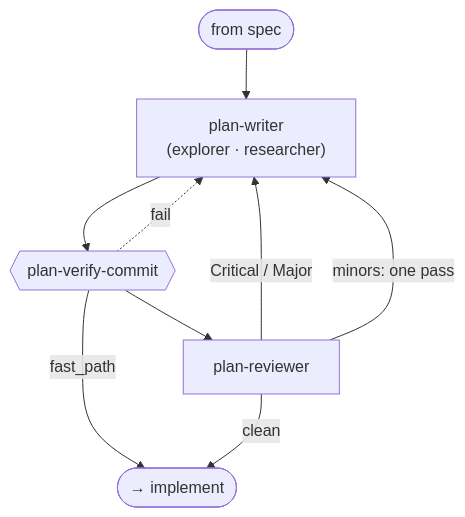
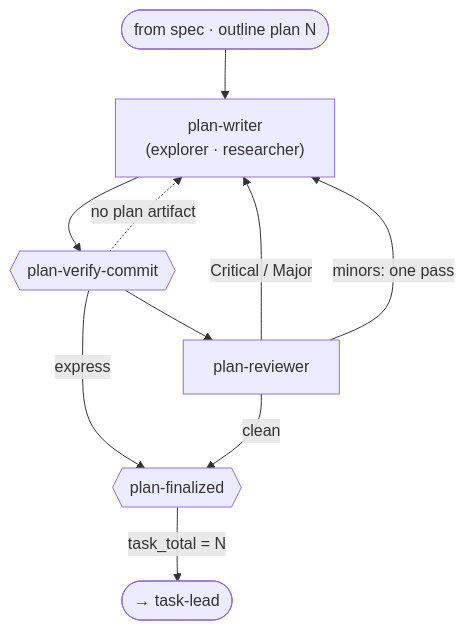
One commit to jpoimboe/imp changed the tenth of 13 diagrams in docs/internals/architecture.md. Above: the diagram before and after it, drawn with Mermaid. The commit also changed other lines of this file and 1 other file, not shown here.

First line of the commit message:
docs(architecture): rewrite the threshold, spec, and plan phase sections

````diff
--- a/docs/internals/architecture.md
+++ b/docs/internals/architecture.md
@@ -189,11 +212,12 @@
 ```mermaid
 flowchart TD
-  in([from spec]) --> PW["plan-writer<br/>(explorer · researcher)"]
+  in([from spec · outline plan N]) --> PW["plan-writer<br/>(explorer · researcher)"]
   PW --> PVC{{"plan-verify-commit"}}
-  PVC -. fail .-> PW
-  PVC -->|fast_path| out([→ implement])
+  PVC -. "no plan artifact" .-> PW
+  PVC -->|express| PF
   PVC --> PR["plan-reviewer"]
   PR -->|"Critical / Major"| PW
   PR -->|"minors: one pass"| PW
-  PR -->|clean| out
+  PR -->|clean| PF{{"plan-finalized"}}
+  PF -->|"task_total = N"| out([→ task-lead])
 ```
````
